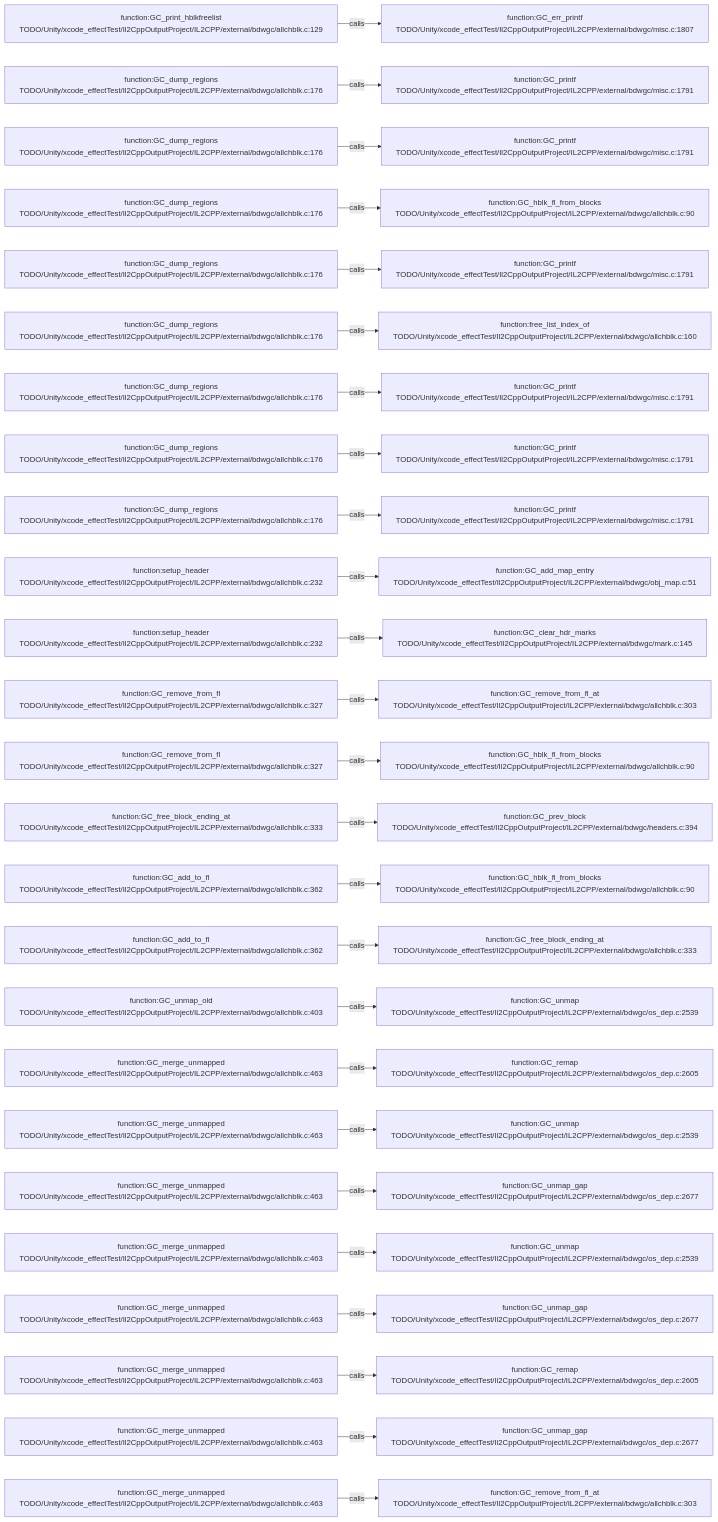
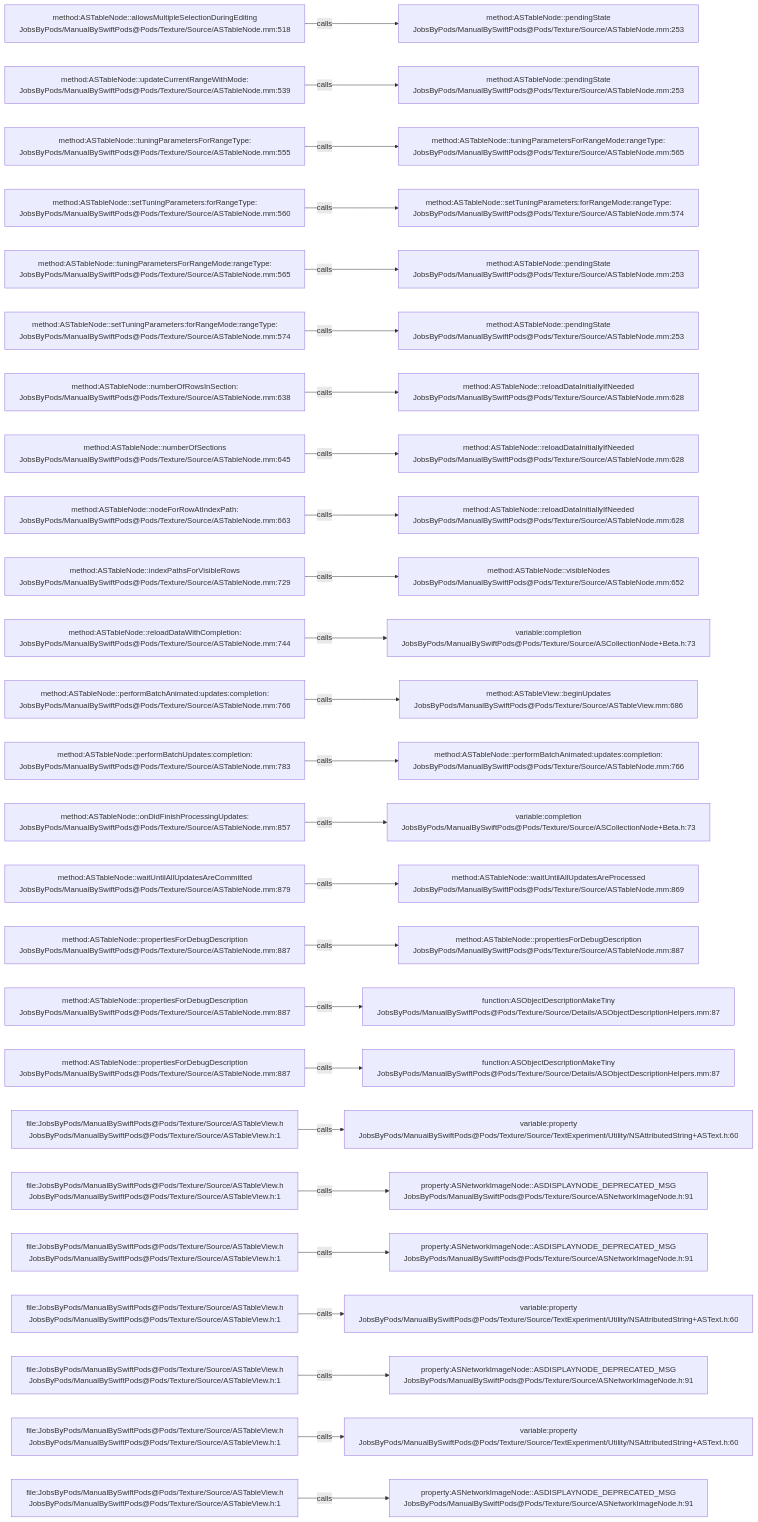
One commit to JobsKits/JobsSwiftBaseConfigDemo changed the diagram in .codegraph/codegraph.md/graphs/calls-075.md. Above: the diagram before and after it, drawn with Mermaid. The commit also changed 2959 other files, not shown here.

````diff
--- a/.codegraph/codegraph.md/graphs/calls-075.md
+++ b/.codegraph/codegraph.md/graphs/calls-075.md
@@ -13,78 +13,78 @@
 ```mermaid
 flowchart LR
-  S1["function:GC_print_hblkfreelist<br/>TODO/Unity/xcode_effectTest/Il2CppOutputProject/IL2CPP/external/bdwgc/allchblk.c:129"]
-  T1["function:GC_err_printf<br/>TODO/Unity/xcode_effectTest/Il2CppOutputProject/IL2CPP/external/bdwgc/misc.c:1807"]
+  S1["method:ASTableNode::allowsMultipleSelectionDuringEditing<br/>JobsByPods/ManualBySwiftPods@Pods/Texture/Source/ASTableNode.mm:518"]
+  T1["method:ASTableNode::pendingState<br/>JobsByPods/ManualBySwiftPods@Pods/Texture/Source/ASTableNode.mm:253"]
   S1 -->|calls| T1
-  S2["function:GC_dump_regions<br/>TODO/Unity/xcode_effectTest/Il2CppOutputProject/IL2CPP/external/bdwgc/allchblk.c:176"]
-  T2["function:GC_printf<br/>TODO/Unity/xcode_effectTest/Il2CppOutputProject/IL2CPP/external/bdwgc/misc.c:1791"]
+  S2["method:ASTableNode::updateCurrentRangeWithMode:<br/>JobsByPods/ManualBySwiftPods@Pods/Texture/Source/ASTableNode.mm:539"]
+  T2["method:ASTableNode::pendingState<br/>JobsByPods/ManualBySwiftPods@Pods/Texture/Source/ASTableNode.mm:253"]
   S2 -->|calls| T2
-  S3["function:GC_dump_regions<br/>TODO/Unity/xcode_effectTest/Il2CppOutputProject/IL2CPP/external/bdwgc/allchblk.c:176"]
-  T3["function:GC_printf<br/>TODO/Unity/xcode_effectTest/Il2CppOutputProject/IL2CPP/external/bdwgc/misc.c:1791"]
+  S3["method:ASTableNode::tuningParametersForRangeType:<br/>JobsByPods/ManualBySwiftPods@Pods/Texture/Source/ASTableNode.mm:555"]
+  T3["method:ASTableNode::tuningParametersForRangeMode:rangeType:<br/>JobsByPods/ManualBySwiftPods@Pods/Texture/Source/ASTableNode.mm:565"]
   S3 -->|calls| T3
-  S4["function:GC_dump_regions<br/>TODO/Unity/xcode_effectTest/Il2CppOutputProject/IL2CPP/external/bdwgc/allchblk.c:176"]
-  T4["function:GC_hblk_fl_from_blocks<br/>TODO/Unity/xcode_effectTest/Il2CppOutputProject/IL2CPP/external/bdwgc/allchblk.c:90"]
+  S4["method:ASTableNode::setTuningParameters:forRangeType:<br/>JobsByPods/ManualBySwiftPods@Pods/Texture/Source/ASTableNode.mm:560"]
+  T4["method:ASTableNode::setTuningParameters:forRangeMode:rangeType:<br/>JobsByPods/ManualBySwiftPods@Pods/Texture/Source/ASTableNode.mm:574"]
   S4 -->|calls| T4
-  S5["function:GC_dump_regions<br/>TODO/Unity/xcode_effectTest/Il2CppOutputProject/IL2CPP/external/bdwgc/allchblk.c:176"]
-  T5["function:GC_printf<br/>TODO/Unity/xcode_effectTest/Il2CppOutputProject/IL2CPP/external/bdwgc/misc.c:1791"]
+  S5["method:ASTableNode::tuningParametersForRangeMode:rangeType:<br/>JobsByPods/ManualBySwiftPods@Pods/Texture/Source/ASTableNode.mm:565"]
+  T5["method:ASTableNode::pendingState<br/>JobsByPods/ManualBySwiftPods@Pods/Texture/Source/ASTableNode.mm:253"]
   S5 -->|calls| T5
-  S6["function:GC_dump_regions<br/>TODO/Unity/xcode_effectTest/Il2CppOutputProject/IL2CPP/external/bdwgc/allchblk.c:176"]
-  T6["function:free_list_index_of<br/>TODO/Unity/xcode_effectTest/Il2CppOutputProject/IL2CPP/external/bdwgc/allchblk.c:160"]
+  S6["method:ASTableNode::setTuningParameters:forRangeMode:rangeType:<br/>JobsByPods/ManualBySwiftPods@Pods/Texture/Source/ASTableNode.mm:574"]
+  T6["method:ASTableNode::pendingState<br/>JobsByPods/ManualBySwiftPods@Pods/Texture/Source/ASTableNode.mm:253"]
   S6 -->|calls| T6
-  S7["function:GC_dump_regions<br/>TODO/Unity/xcode_effectTest/Il2CppOutputProject/IL2CPP/external/bdwgc/allchblk.c:176"]
-  T7["function:GC_printf<br/>TODO/Unity/xcode_effectTest/Il2CppOutputProject/IL2CPP/external/bdwgc/misc.c:1791"]
+  S7["method:ASTableNode::numberOfRowsInSection:<br/>JobsByPods/ManualBySwiftPods@Pods/Texture/Source/ASTableNode.mm:638"]
+  T7["method:ASTableNode::reloadDataInitiallyIfNeeded<br/>JobsByPods/ManualBySwiftPods@Pods/Texture/Source/ASTableNode.mm:628"]
   S7 -->|calls| T7
-  S8["function:GC_dump_regions<br/>TODO/Unity/xcode_effectTest/Il2CppOutputProject/IL2CPP/external/bdwgc/allchblk.c:176"]
-  T8["function:GC_printf<br/>TODO/Unity/xcode_effectTest/Il2CppOutputProject/IL2CPP/external/bdwgc/misc.c:1791"]
+  S8["method:ASTableNode::numberOfSections<br/>JobsByPods/ManualBySwiftPods@Pods/Texture/Source/ASTableNode.mm:645"]
+  T8["method:ASTableNode::reloadDataInitiallyIfNeeded<br/>JobsByPods/ManualBySwiftPods@Pods/Texture/Source/ASTableNode.mm:628"]
   S8 -->|calls| T8
-  S9["function:GC_dump_regions<br/>TODO/Unity/xcode_effectTest/Il2CppOutputProject/IL2CPP/external/bdwgc/allchblk.c:176"]
-  T9["function:GC_printf<br/>TODO/Unity/xcode_effectTest/Il2CppOutputProject/IL2CPP/external/bdwgc/misc.c:1791"]
+  S9["method:ASTableNode::nodeForRowAtIndexPath:<br/>JobsByPods/ManualBySwiftPods@Pods/Texture/Source/ASTableNode.mm:663"]
+  T9["method:ASTableNode::reloadDataInitiallyIfNeeded<br/>JobsByPods/ManualBySwiftPods@Pods/Texture/Source/ASTableNode.mm:628"]
   S9 -->|calls| T9
-  S10["function:setup_header<br/>TODO/Unity/xcode_effectTest/Il2CppOutputProject/IL2CPP/external/bdwgc/allchblk.c:232"]
-  T10["function:GC_add_map_entry<br/>TODO/Unity/xcode_effectTest/Il2CppOutputProject/IL2CPP/external/bdwgc/obj_map.c:51"]
+  S10["method:ASTableNode::indexPathsForVisibleRows<br/>JobsByPods/ManualBySwiftPods@Pods/Texture/Source/ASTableNode.mm:729"]
+  T10["method:ASTableNode::visibleNodes<br/>JobsByPods/ManualBySwiftPods@Pods/Texture/Source/ASTableNode.mm:652"]
   S10 -->|calls| T10
-  S11["function:setup_header<br/>TODO/Unity/xcode_effectTest/Il2CppOutputProject/IL2CPP/external/bdwgc/allchblk.c:232"]
-  T11["function:GC_clear_hdr_marks<br/>TODO/Unity/xcode_effectTest/Il2CppOutputProject/IL2CPP/external/bdwgc/mark.c:145"]
+  S11["method:ASTableNode::reloadDataWithCompletion:<br/>JobsByPods/ManualBySwiftPods@Pods/Texture/Source/ASTableNode.mm:744"]
+  T11["variable:completion<br/>JobsByPods/ManualBySwiftPods@Pods/Texture/Source/ASCollectionNode+Beta.h:73"]
   S11 -->|calls| T11
-  S12["function:GC_remove_from_fl<br/>TODO/Unity/xcode_effectTest/Il2CppOutputProject/IL2CPP/external/bdwgc/allchblk.c:327"]
-  T12["function:GC_remove_from_fl_at<br/>TODO/Unity/xcode_effectTest/Il2CppOutputProject/IL2CPP/external/bdwgc/allchblk.c:303"]
+  S12["method:ASTableNode::performBatchAnimated:updates:completion:<br/>JobsByPods/ManualBySwiftPods@Pods/Texture/Source/ASTableNode.mm:766"]
+  T12["method:ASTableView::beginUpdates<br/>JobsByPods/ManualBySwiftPods@Pods/Texture/Source/ASTableView.mm:686"]
   S12 -->|calls| T12
-  S13["function:GC_remove_from_fl<br/>TODO/Unity/xcode_effectTest/Il2CppOutputProject/IL2CPP/external/bdwgc/allchblk.c:327"]
-  T13["function:GC_hblk_fl_from_blocks<br/>TODO/Unity/xcode_effectTest/Il2CppOutputProject/IL2CPP/external/bdwgc/allchblk.c:90"]
+  S13["method:ASTableNode::performBatchUpdates:completion:<br/>JobsByPods/ManualBySwiftPods@Pods/Texture/Source/ASTableNode.mm:783"]
+  T13["method:ASTableNode::performBatchAnimated:updates:completion:<br/>JobsByPods/ManualBySwiftPods@Pods/Texture/Source/ASTableNode.mm:766"]
   S13 -->|calls| T13
-  S14["function:GC_free_block_ending_at<br/>TODO/Unity/xcode_effectTest/Il2CppOutputProject/IL2CPP/external/bdwgc/allchblk.c:333"]
-  T14["function:GC_prev_block<br/>TODO/Unity/xcode_effectTest/Il2CppOutputProject/IL2CPP/external/bdwgc/headers.c:394"]
+  S14["method:ASTableNode::onDidFinishProcessingUpdates:<br/>JobsByPods/ManualBySwiftPods@Pods/Texture/Source/ASTableNode.mm:857"]
+  T14["variable:completion<br/>JobsByPods/ManualBySwiftPods@Pods/Texture/Source/ASCollectionNode+Beta.h:73"]
   S14 -->|calls| T14
-  S15["function:GC_add_to_fl<br/>TODO/Unity/xcode_effectTest/Il2CppOutputProject/IL2CPP/external/bdwgc/allchblk.c:362"]
-  T15["function:GC_hblk_fl_from_blocks<br/>TODO/Unity/xcode_effectTest/Il2CppOutputProject/IL2CPP/external/bdwgc/allchblk.c:90"]
+  S15["method:ASTableNode::waitUntilAllUpdatesAreCommitted<br/>JobsByPods/ManualBySwiftPods@Pods/Texture/Source/ASTableNode.mm:879"]
+  T15["method:ASTableNode::waitUntilAllUpdatesAreProcessed<br/>JobsByPods/ManualBySwiftPods@Pods/Texture/Source/ASTableNode.mm:869"]
   S15 -->|calls| T15
-  S16["function:GC_add_to_fl<br/>TODO/Unity/xcode_effectTest/Il2CppOutputProject/IL2CPP/external/bdwgc/allchblk.c:362"]
-  T16["function:GC_free_block_ending_at<br/>TODO/Unity/xcode_effectTest/Il2CppOutputProject/IL2CPP/external/bdwgc/allchblk.c:333"]
+  S16["method:ASTableNode::propertiesForDebugDescription<br/>JobsByPods/ManualBySwiftPods@Pods/Texture/Source/ASTableNode.mm:887"]
+  T16["method:ASTableNode::propertiesForDebugDescription<br/>JobsByPods/ManualBySwiftPods@Pods/Texture/Source/ASTableNode.mm:887"]
   S16 -->|calls| T16
-  S17["function:GC_unmap_old<br/>TODO/Unity/xcode_effectTest/Il2CppOutputProject/IL2CPP/external/bdwgc/allchblk.c:403"]
-  T17["function:GC_unmap<br/>TODO/Unity/xcode_effectTest/Il2CppOutputProject/IL2CPP/external/bdwgc/os_dep.c:2539"]
+  S17["method:ASTableNode::propertiesForDebugDescription<br/>JobsByPods/ManualBySwiftPods@Pods/Texture/Source/ASTableNode.mm:887"]
+  T17["function:ASObjectDescriptionMakeTiny<br/>JobsByPods/ManualBySwiftPods@Pods/Texture/Source/Details/ASObjectDescriptionHelpers.mm:87"]
   S17 -->|calls| T17
-  S18["function:GC_merge_unmapped<br/>TODO/Unity/xcode_effectTest/Il2CppOutputProject/IL2CPP/external/bdwgc/allchblk.c:463"]
-  T18["function:GC_remap<br/>TODO/Unity/xcode_effectTest/Il2CppOutputProject/IL2CPP/external/bdwgc/os_dep.c:2605"]
+  S18["method:ASTableNode::propertiesForDebugDescription<br/>JobsByPods/ManualBySwiftPods@Pods/Texture/Source/ASTableNode.mm:887"]
+  T18["function:ASObjectDescriptionMakeTiny<br/>JobsByPods/ManualBySwiftPods@Pods/Texture/Source/Details/ASObjectDescriptionHelpers.mm:87"]
   S18 -->|calls| T18
-  S19["function:GC_merge_unmapped<br/>TODO/Unity/xcode_effectTest/Il2CppOutputProject/IL2CPP/external/bdwgc/allchblk.c:463"]
-  T19["function:GC_unmap<br/>TODO/Unity/xcode_effectTest/Il2CppOutputProject/IL2CPP/external/bdwgc/os_dep.c:2539"]
+  S19["file:JobsByPods/ManualBySwiftPods@Pods/Texture/Source/ASTableView.h<br/>JobsByPods/ManualBySwiftPods@Pods/Texture/Source/ASTableView.h:1"]
+  T19["variable:property<br/>JobsByPods/ManualBySwiftPods@Pods/Texture/Source/TextExperiment/Utility/NSAttributedString+ASText.h:60"]
   S19 -->|calls| T19
-  S20["function:GC_merge_unmapped<br/>TODO/Unity/xcode_effectTest/Il2CppOutputProject/IL2CPP/external/bdwgc/allchblk.c:463"]
-  T20["function:GC_unmap_gap<br/>TODO/Unity/xcode_effectTest/Il2CppOutputProject/IL2CPP/external/bdwgc/os_dep.c:2677"]
+  S20["file:JobsByPods/ManualBySwiftPods@Pods/Texture/Source/ASTableView.h<br/>JobsByPods/ManualBySwiftPods@Pods/Texture/Source/ASTableView.h:1"]
+  T20["property:ASNetworkImageNode::ASDISPLAYNODE_DEPRECATED_MSG<br/>JobsByPods/ManualBySwiftPods@Pods/Texture/Source/ASNetworkImageNode.h:91"]
   S20 -->|calls| T20
-  S21["function:GC_merge_unmapped<br/>TODO/Unity/xcode_effectTest/Il2CppOutputProject/IL2CPP/external/bdwgc/allchblk.c:463"]
-  T21["function:GC_unmap<br/>TODO/Unity/xcode_effectTest/Il2CppOutputProject/IL2CPP/external/bdwgc/os_dep.c:2539"]
+  S21["file:JobsByPods/ManualBySwiftPods@Pods/Texture/Source/ASTableView.h<br/>JobsByPods/ManualBySwiftPods@Pods/Texture/Source/ASTableView.h:1"]
+  T21["property:ASNetworkImageNode::ASDISPLAYNODE_DEPRECATED_MSG<br/>JobsByPods/ManualBySwiftPods@Pods/Texture/Source/ASNetworkImageNode.h:91"]
   S21 -->|calls| T21
-  S22["function:GC_merge_unmapped<br/>TODO/Unity/xcode_effectTest/Il2CppOutputProject/IL2CPP/external/bdwgc/allchblk.c:463"]
-  T22["function:GC_unmap_gap<br/>TODO/Unity/xcode_effectTest/Il2CppOutputProject/IL2CPP/external/bdwgc/os_dep.c:2677"]
+  S22["file:JobsByPods/ManualBySwiftPods@Pods/Texture/Source/ASTableView.h<br/>JobsByPods/ManualBySwiftPods@Pods/Texture/Source/ASTableView.h:1"]
+  T22["variable:property<br/>JobsByPods/ManualBySwiftPods@Pods/Texture/Source/TextExperiment/Utility/NSAttributedString+ASText.h:60"]
   S22 -->|calls| T22
-  S23["function:GC_merge_unmapped<br/>TODO/Unity/xcode_effectTest/Il2CppOutputProject/IL2CPP/external/bdwgc/allchblk.c:463"]
-  T23["function:GC_remap<br/>TODO/Unity/xcode_effectTest/Il2CppOutputProject/IL2CPP/external/bdwgc/os_dep.c:2605"]
+  S23["file:JobsByPods/ManualBySwiftPods@Pods/Texture/Source/ASTableView.h<br/>JobsByPods/ManualBySwiftPods@Pods/Texture/Source/ASTableView.h:1"]
+  T23["property:ASNetworkImageNode::ASDISPLAYNODE_DEPRECATED_MSG<br/>JobsByPods/ManualBySwiftPods@Pods/Texture/Source/ASNetworkImageNode.h:91"]
   S23 -->|calls| T23
-  S24["function:GC_merge_unmapped<br/>TODO/Unity/xcode_effectTest/Il2CppOutputProject/IL2CPP/external/bdwgc/allchblk.c:463"]
-  T24["function:GC_unmap_gap<br/>TODO/Unity/xcode_effectTest/Il2CppOutputProject/IL2CPP/external/bdwgc/os_dep.c:2677"]
+  S24["file:JobsByPods/ManualBySwiftPods@Pods/Texture/Source/ASTableView.h<br/>JobsByPods/ManualBySwiftPods@Pods/Texture/Source/ASTableView.h:1"]
+  T24["variable:property<br/>JobsByPods/ManualBySwiftPods@Pods/Texture/Source/TextExperiment/Utility/NSAttributedString+ASText.h:60"]
   S24 -->|calls| T24
-  S25["function:GC_merge_unmapped<br/>TODO/Unity/xcode_effectTest/Il2CppOutputProject/IL2CPP/external/bdwgc/allchblk.c:463"]
-  T25["function:GC_remove_from_fl_at<br/>TODO/Unity/xcode_effectTest/Il2CppOutputProject/IL2CPP/external/bdwgc/allchblk.c:303"]
+  S25["file:JobsByPods/ManualBySwiftPods@Pods/Texture/Source/ASTableView.h<br/>JobsByPods/ManualBySwiftPods@Pods/Texture/Source/ASTableView.h:1"]
+  T25["property:ASNetworkImageNode::ASDISPLAYNODE_DEPRECATED_MSG<br/>JobsByPods/ManualBySwiftPods@Pods/Texture/Source/ASNetworkImageNode.h:91"]
   S25 -->|calls| T25
 ```
````
